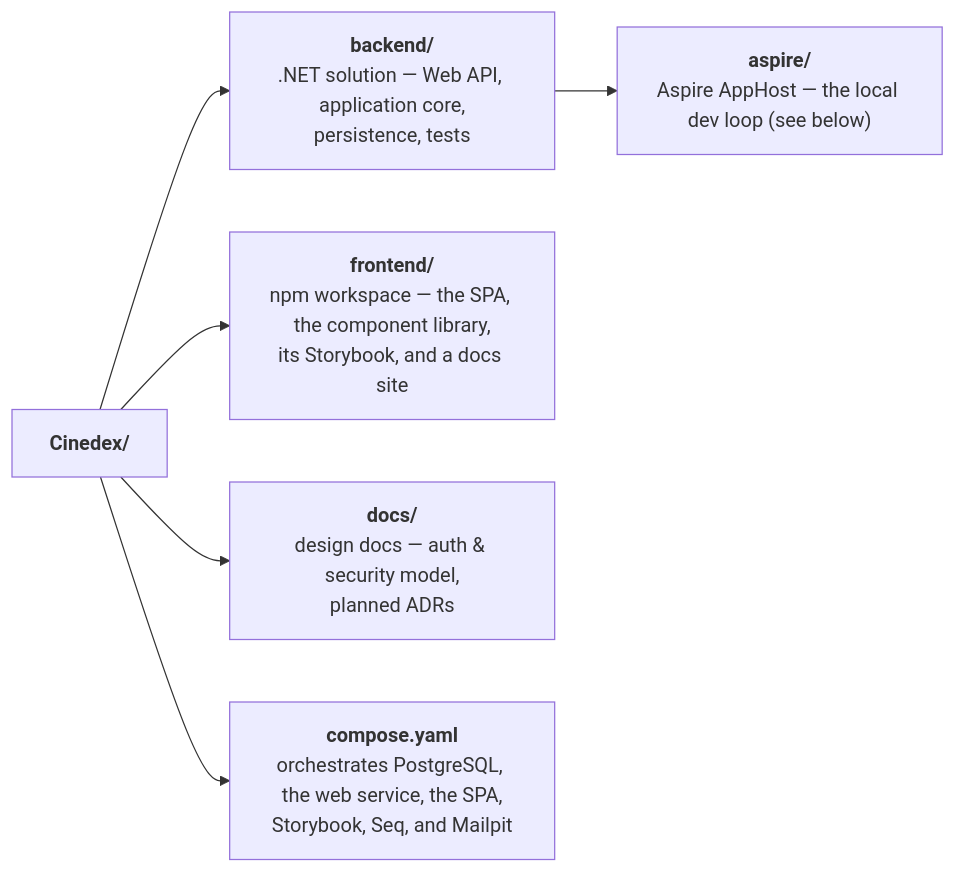
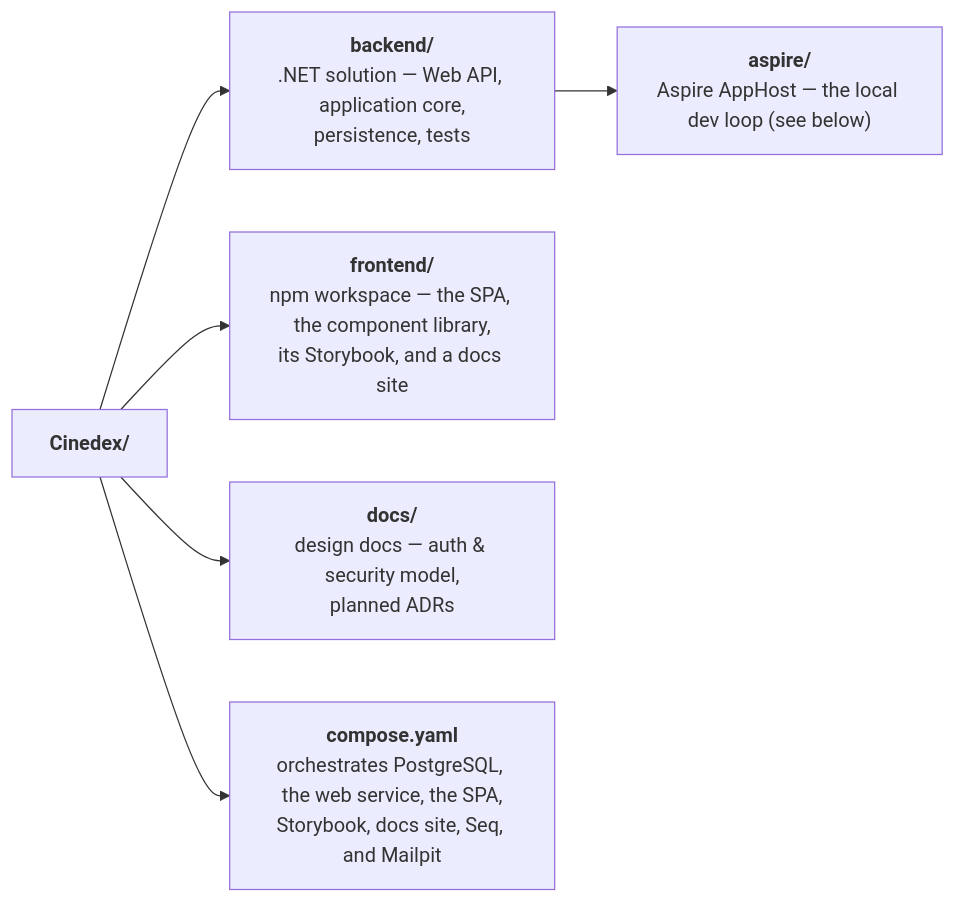
One commit to felipedferreira/Cinedex changed the diagram in README.md. Above: the diagram before and after it, drawn with Mermaid. The commit also changed other lines of this file and 22 other files, not shown here.

````diff
--- a/README.md
+++ b/README.md
@@ -9,11 +9,11 @@
 ```mermaid
 flowchart LR
     ROOT["<b>Cinedex/</b>"]
 
     ROOT --> BE["<b>backend/</b><br/>.NET solution — Web API, application core,<br/>persistence, tests"]
     ROOT --> FE["<b>frontend/</b><br/>npm workspace — the SPA, the component library,<br/>its Storybook, and a docs site"]
     ROOT --> DOCS["<b>docs/</b><br/>design docs — auth &amp; security model,<br/>planned ADRs"]
-    ROOT --> COMPOSE["<b>compose.yaml</b><br/>orchestrates PostgreSQL, the web service, the SPA,<br/>Storybook, Seq, and Mailpit"]
+    ROOT --> COMPOSE["<b>compose.yaml</b><br/>orchestrates PostgreSQL, the web service, the SPA,<br/>Storybook, docs site, Seq, and Mailpit"]
 
     BE --> ASP["<b>aspire/</b><br/>Aspire AppHost — the local dev loop (see below)"]
 ```
````
